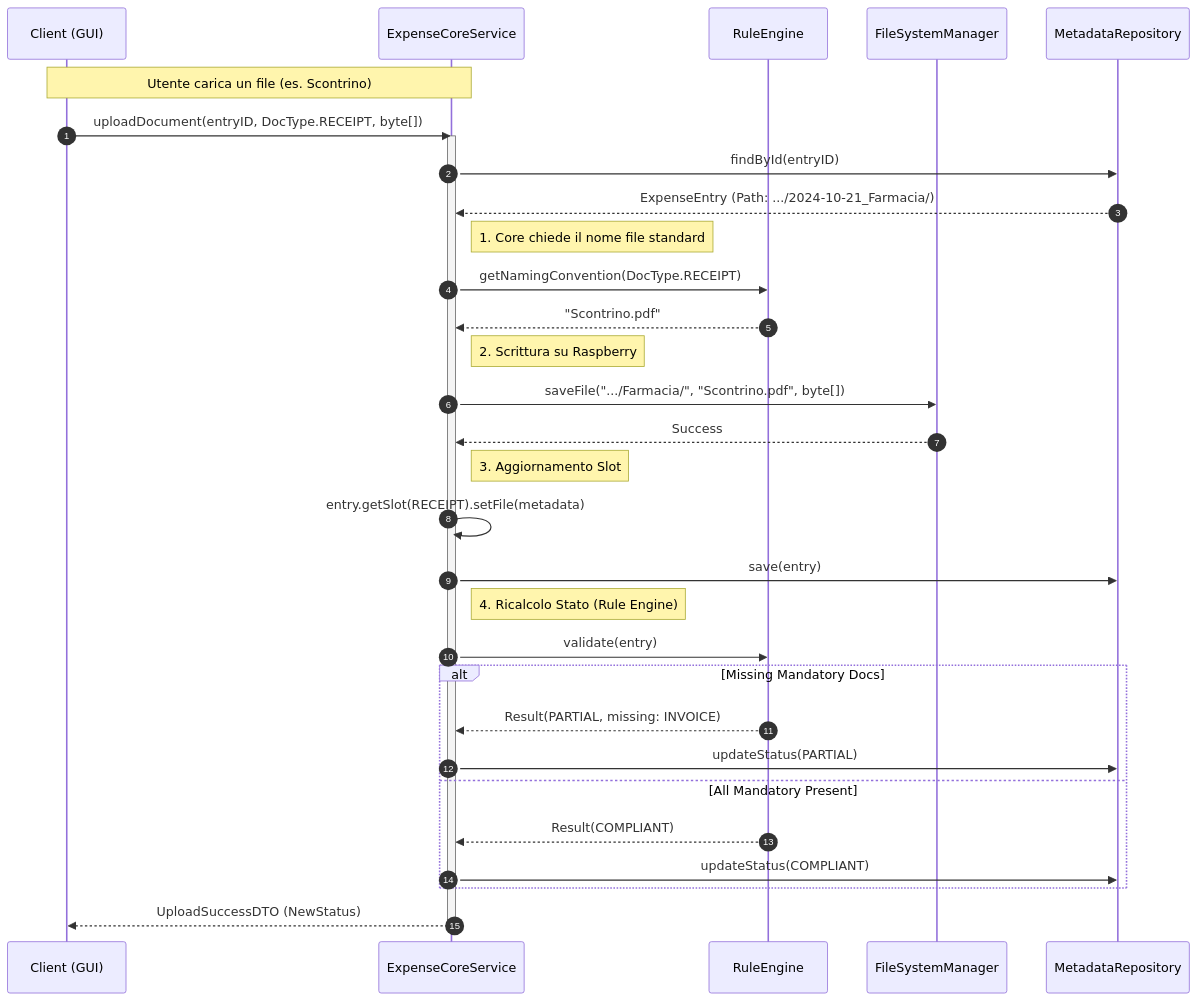
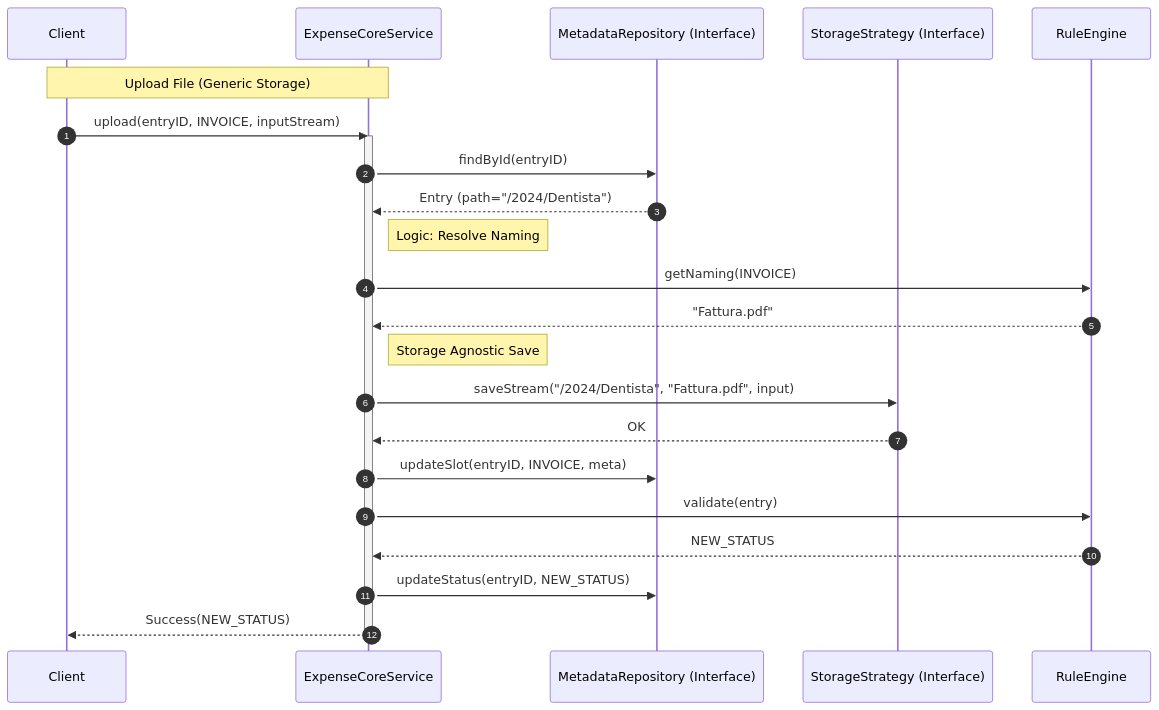
The diagram in TaxReport/src/main/java/SequenceDiagram.mmd (simopugliese/TaxReport), drawn with Mermaid before and after one commit. The commit also changed 3 other files, not shown here.

```diff
--- a/TaxReport/src/main/java/SequenceDiagram.mmd
+++ b/TaxReport/src/main/java/SequenceDiagram.mmd
@@ -1,40 +1,33 @@
 sequenceDiagram
     autonumber
-    participant UI as Client (GUI)
+    participant UI as Client
     participant Core as ExpenseCoreService
-    participant Rules as RuleEngine
-    participant FS as FileSystemManager
-    participant DB as MetadataRepository
+    participant Repo as MetadataRepository (Interface)
+    participant Store as StorageStrategy (Interface)
+    participant Rule as RuleEngine
 
-    Note over UI, Core: Utente carica un file (es. Scontrino)
+    Note over UI, Core: Upload File (Generic Storage)
 
-    UI->>Core: uploadDocument(entryID, DocType.RECEIPT, byte[])
+    UI->>Core: upload(entryID, INVOICE, inputStream)
     activate Core
 
-    Core->>DB: findById(entryID)
-    DB-->>Core: ExpenseEntry (Path: .../2024-10-21_Farmacia/)
+    Core->>Repo: findById(entryID)
+    Repo-->>Core: Entry (path="/2024/Dentista")
 
-    Note right of Core: 1. Core chiede il nome file standard
-    Core->>Rules: getNamingConvention(DocType.RECEIPT)
-    Rules-->>Core: "Scontrino.pdf"
+    Note right of Core: Logic: Resolve Naming
+    Core->>Rule: getNaming(INVOICE)
+    Rule-->>Core: "Fattura.pdf"
 
-    Note right of Core: 2. Scrittura su Raspberry
-    Core->>FS: saveFile(".../Farmacia/", "Scontrino.pdf", byte[])
-    FS-->>Core: Success
+    Note right of Core: Storage Agnostic Save
+    Core->>Store: saveStream("/2024/Dentista", "Fattura.pdf", input)
+    Store-->>Core: OK
 
-    Note right of Core: 3. Aggiornamento Slot
-    Core->>Core: entry.getSlot(RECEIPT).setFile(metadata)
-    Core->>DB: save(entry)
+    Core->>Repo: updateSlot(entryID, INVOICE, meta)
 
-    Note right of Core: 4. Ricalcolo Stato (Rule Engine)
-    Core->>Rules: validate(entry)
-    alt Missing Mandatory Docs
-        Rules-->>Core: Result(PARTIAL, missing: INVOICE)
-        Core->>DB: updateStatus(PARTIAL)
-    else All Mandatory Present
-        Rules-->>Core: Result(COMPLIANT)
-        Core->>DB: updateStatus(COMPLIANT)
-    end
+    Core->>Rule: validate(entry)
+    Rule-->>Core: NEW_STATUS
 
-    Core-->>UI: UploadSuccessDTO (NewStatus)
+    Core->>Repo: updateStatus(entryID, NEW_STATUS)
+
+    Core-->>UI: Success(NEW_STATUS)
     deactivate Core
```
